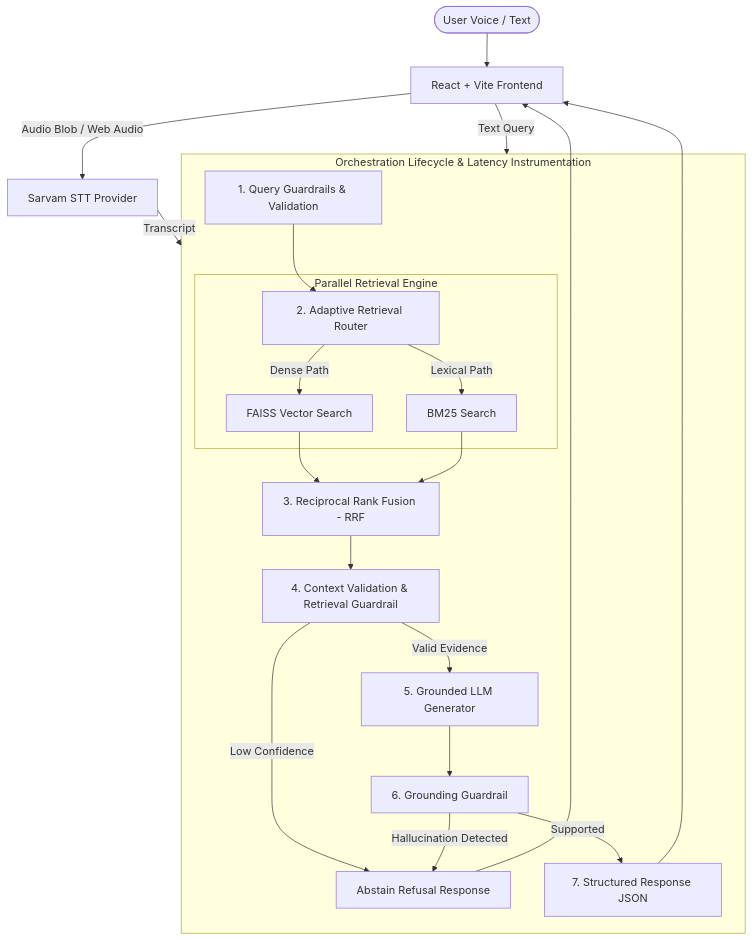
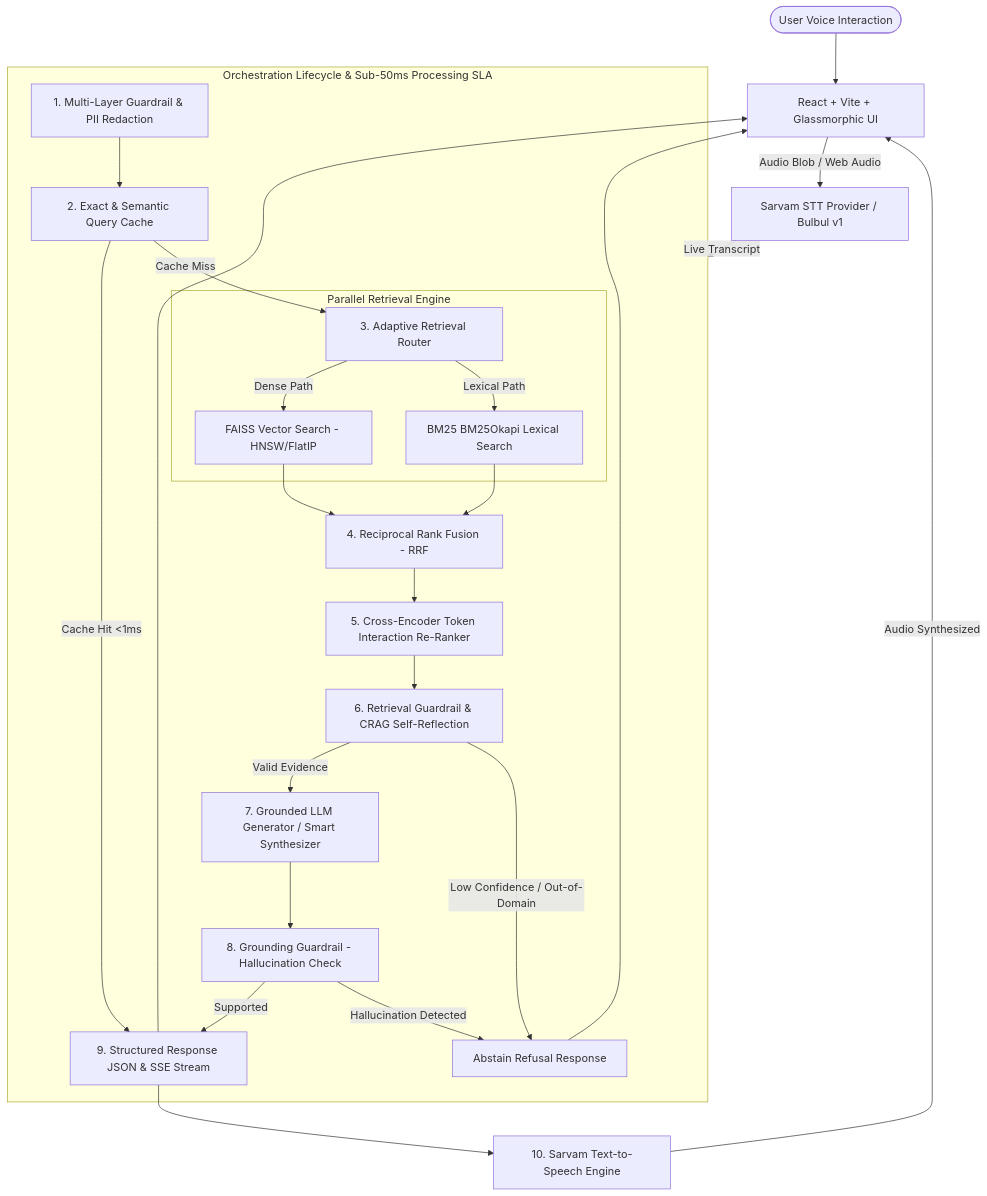
One commit to serprathamsharma/july changed the diagram in README.md. Above: the diagram before and after it, drawn with Mermaid. The commit also changed other lines of this file and 2 other files, not shown here.

````diff
--- a/README.md
+++ b/README.md
@@ -9,30 +10,34 @@
 ```mermaid
 flowchart TD
-    User([User Voice / Text]) --> UI[React + Vite Frontend]
-    UI -->|Audio Blob / Web Audio| STT[Sarvam STT Provider]
-    STT -->|Transcript| Harness[RAG Harness / Orchestrator]
-    UI -->|Text Query| Harness
+    User([User Voice Interaction]) --> UI[React + Vite + Glassmorphic UI]
+    UI -->|Audio Blob / Web Audio| STT[Sarvam STT Provider / Bulbul v1]
+    STT -->|Live Transcript| Harness[RAG Orchestration Harness]
     
-    subgraph Harness [Orchestration Lifecycle & Latency Instrumentation]
-        VAL[1. Query Guardrails & Validation] --> ROUTE[2. Adaptive Retrieval Router]
+    subgraph Harness [Orchestration Lifecycle & Sub-50ms Processing SLA]
+        VAL[1. Multi-Layer Guardrail & PII Redaction] --> CACHE[2. Exact & Semantic Query Cache]
+        CACHE -->|Cache Hit <1ms| RESP
+        CACHE -->|Cache Miss| ROUTE[3. Adaptive Retrieval Router]
         
         subgraph Hybrid_Retrieval [Parallel Retrieval Engine]
-            ROUTE -->|Dense Path| DENSE[FAISS Vector Search]
-            ROUTE -->|Lexical Path| BM25[BM25 Search]
+            ROUTE -->|Dense Path| DENSE[FAISS Vector Search - HNSW/FlatIP]
+            ROUTE -->|Lexical Path| BM25[BM25 BM25Okapi Lexical Search]
         end
         
-        DENSE --> RRF[3. Reciprocal Rank Fusion - RRF]
+        DENSE --> RRF[4. Reciprocal Rank Fusion - RRF]
         BM25 --> RRF
         
-        RRF --> CVAL[4. Context Validation & Retrieval Guardrail]
-        CVAL -->|Valid Evidence| LLM[5. Grounded LLM Generator]
-        CVAL -->|Low Confidence| ABSTAIN[Abstain Refusal Response]
+        RRF --> RERANK[5. Cross-Encoder Token Interaction Re-Ranker]
+        RERANK --> CVAL[6. Retrieval Guardrail & CRAG Self-Reflection]
+        CVAL -->|Valid Evidence| LLM[7. Grounded LLM Generator / Smart Synthesizer]
+        CVAL -->|Low Confidence / Out-of-Domain| ABSTAIN[Abstain Refusal Response]
         
-        LLM --> GVAL[6. Grounding Guardrail]
-        GVAL -->|Supported| RESP[7. Structured Response JSON]
+        LLM --> GVAL[8. Grounding Guardrail - Hallucination Check]
+        GVAL -->|Supported| RESP[9. Structured Response JSON & SSE Stream]
         GVAL -->|Hallucination Detected| ABSTAIN
     end
     
+    RESP --> TTS[10. Sarvam Text-to-Speech Engine]
     RESP --> UI
+    TTS -->|Audio Synthesized| UI
     ABSTAIN --> UI
 ```
````
